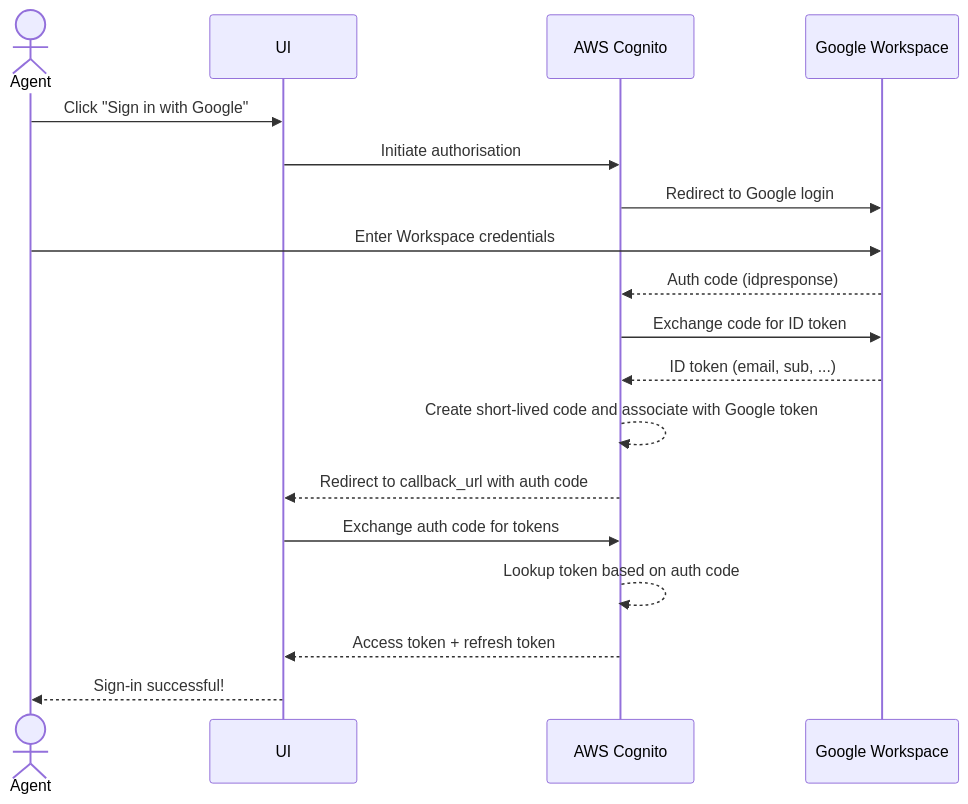
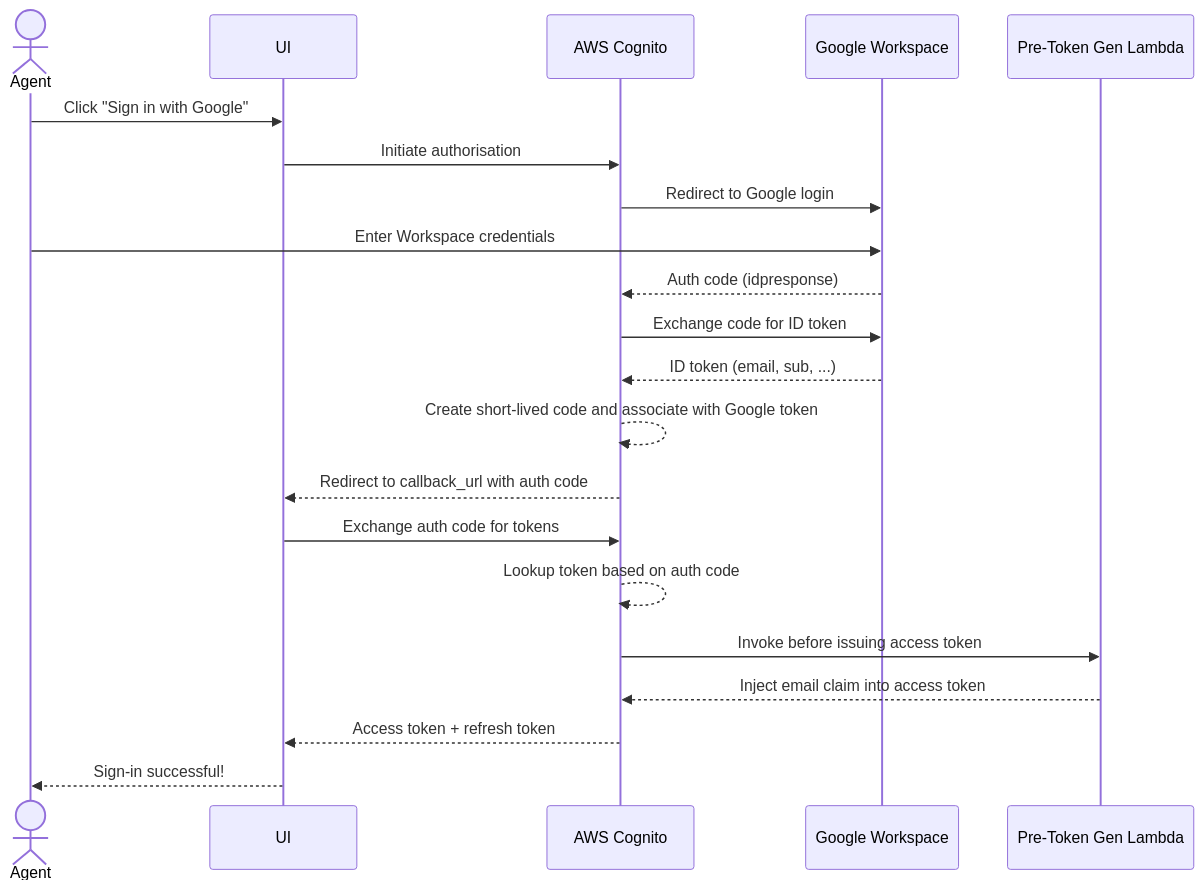
One commit to let-correct/agent-service changed the first of 4 diagrams in README.md. Above: the diagram before and after it, drawn with Mermaid. The commit also changed other lines of this file, not shown here.

````diff
--- a/README.md
+++ b/README.md
@@ -13,21 +13,24 @@
 ```mermaid
 sequenceDiagram
     actor Agent
     participant UI as UI
     participant Cognito as AWS Cognito
     participant Google as Google Workspace
+    participant PreTokenGen as Pre-Token Gen Lambda
 
     Agent->>UI: Click "Sign in with Google"
     UI->>Cognito: Initiate authorisation
     Cognito->>Google: Redirect to Google login
     Agent->>Google: Enter Workspace credentials
     Google-->>Cognito: Auth code (idpresponse)
     Cognito->>Google: Exchange code for ID token
     Google-->>Cognito: ID token (email, sub, ...)
     Cognito-->>Cognito: Create short-lived code and associate with Google token
     Cognito-->>UI: Redirect to callback_url with auth code
     UI->>Cognito: Exchange auth code for tokens
     Cognito-->>Cognito: Lookup token based on auth code
+    Cognito->>PreTokenGen: Invoke before issuing access token
+    PreTokenGen-->>Cognito: Inject email claim into access token
     Cognito-->>UI: Access token + refresh token
     UI-->>Agent: Sign-in successful!
 ```
````
